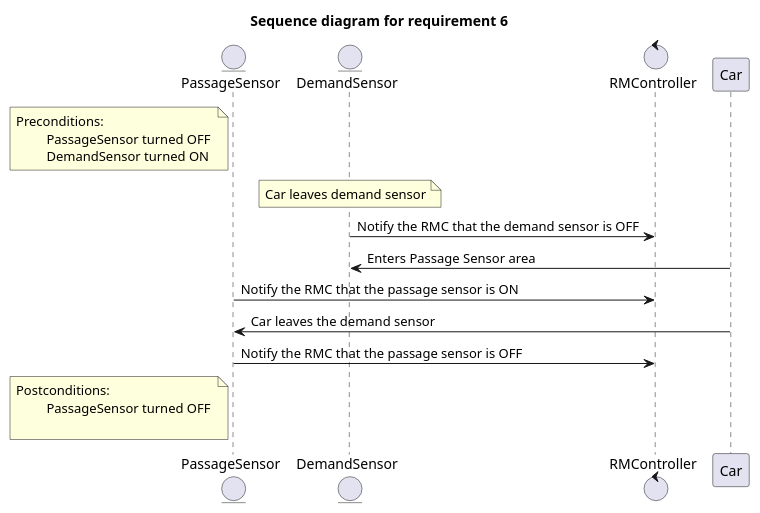
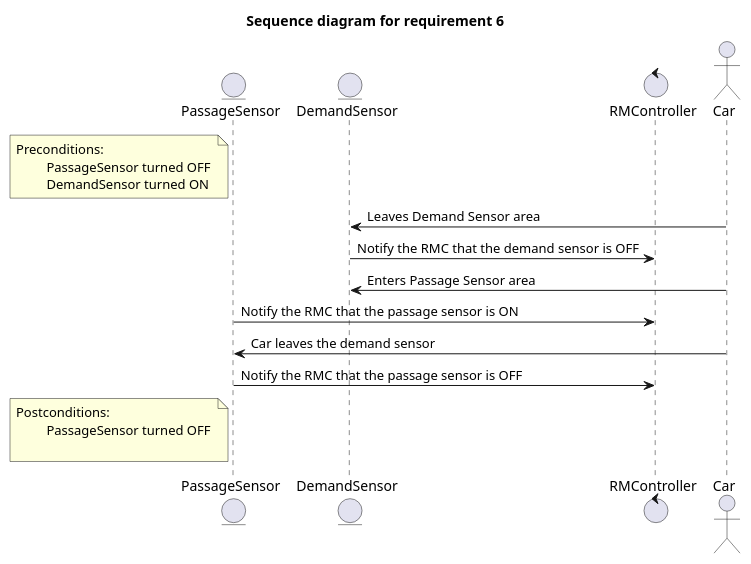
Before and after one commit to MaksimKarnaukh/MoSIS: the diagram in 01_RequirementsChecking/sequence_diagram_req6.puml, drawn with PlantUML.

Commit message:
Changes by samro

```diff
--- a/01_RequirementsChecking/sequence_diagram_req6.puml
+++ b/01_RequirementsChecking/sequence_diagram_req6.puml
@@ -1,23 +1,24 @@
 @startuml
 
 '6) The passage sensor can only be turned ON once a car leaves the demand
 'sensor shifting from ON to OFF. Another car can only turn the
 'passage sensor ON once it has been turned OFF (the previous car joined the mainline).
 title "Sequence diagram for requirement 6"
 
 entity PassageSensor as PS
 entity DemandSensor as DS
 control RMController as RMC
+actor Car as Car
 
 note left of PS : Preconditions:\n\t PassageSensor turned OFF \n\t DemandSensor turned ON
 
-note over DS: Car leaves demand sensor
+Car -> DS:Leaves Demand Sensor area
 DS -> RMC : Notify the RMC that the demand sensor is OFF
 Car -> DS:Enters Passage Sensor area
 PS -> RMC : Notify the RMC that the passage sensor is ON
 Car -> PS :Car leaves the demand sensor
 PS -> RMC : Notify the RMC that the passage sensor is OFF
 
 note left  of PS : Postconditions:\n\t PassageSensor turned OFF \n\t
 
 @enduml
```
